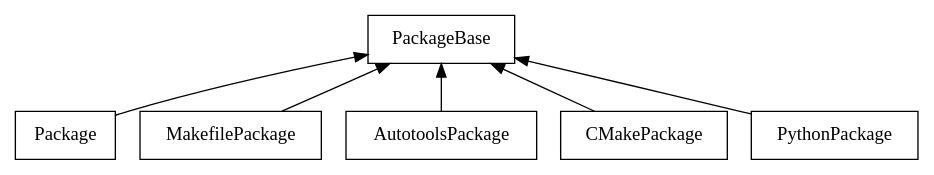
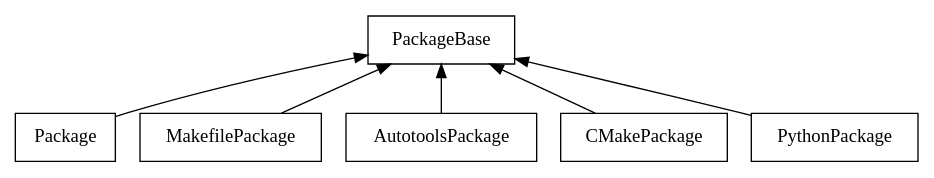
The diagram in tutorial_buildsystems.rst (spack/spack-tutorial), drawn with Graphviz before and after one commit.

Commit message:
Restoring graphviz to original

```diff
--- a/tutorial_buildsystems.rst
+++ b/tutorial_buildsystems.rst
@@ -27,11 +27,17 @@
 .. graphviz::
 
     digraph G {
-        node [shape=box, color=black, orientation=landscape]
-        edge [arrowhead=empty]
+
+        node [
+            shape = "record"
+        ]
+        edge [
+            arrowhead = "empty"
+        ]
+
         PackageBase -> Package [dir=back]
         PackageBase -> MakefilePackage [dir=back]
         PackageBase -> AutotoolsPackage [dir=back]
         PackageBase -> CMakePackage [dir=back]
         PackageBase -> PythonPackage [dir=back]
     }
```
